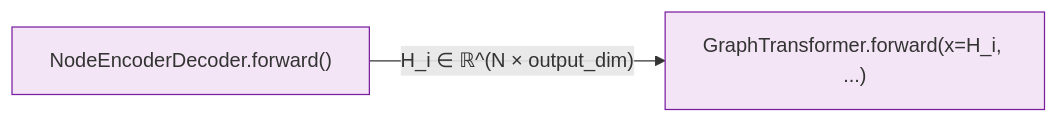
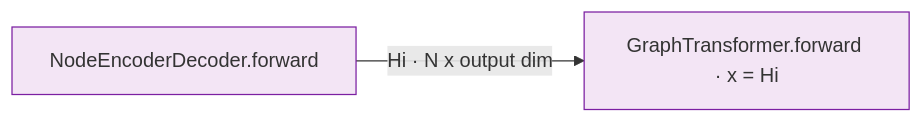
One commit to robguilarr/s-graphllm changed the second of 7 diagrams in docs/methodology/engine_integration.md. Above: the diagram before and after it, drawn with Mermaid. The commit also changed other lines of this file and 3 other files, not shown here.

Commit message:
Mermaid update

````diff
--- a/docs/methodology/engine_integration.md
+++ b/docs/methodology/engine_integration.md
@@ -106,7 +92,7 @@
 ```mermaid
 flowchart LR
-    A["NodeEncoderDecoder.forward()"] -- "H_i ∈ ℝ^(N × output_dim)" --> B["GraphTransformer.forward(x=H_i, ...)"]
+    A["NodeEncoderDecoder.forward"] -- "Hi · N x output dim" --> B["GraphTransformer.forward · x = Hi"]
 
     style A fill:#f3e5f5,stroke:#7b1fa2
     style B fill:#f3e5f5,stroke:#7b1fa2
 ```
````
